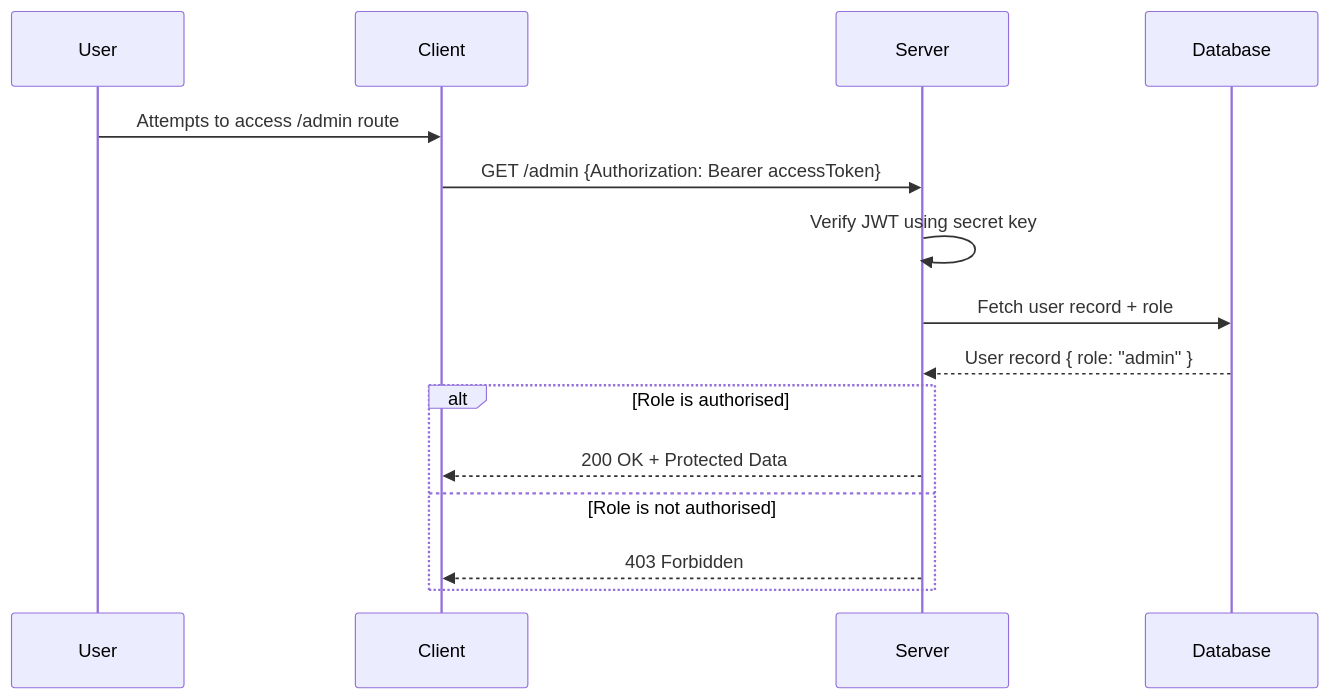
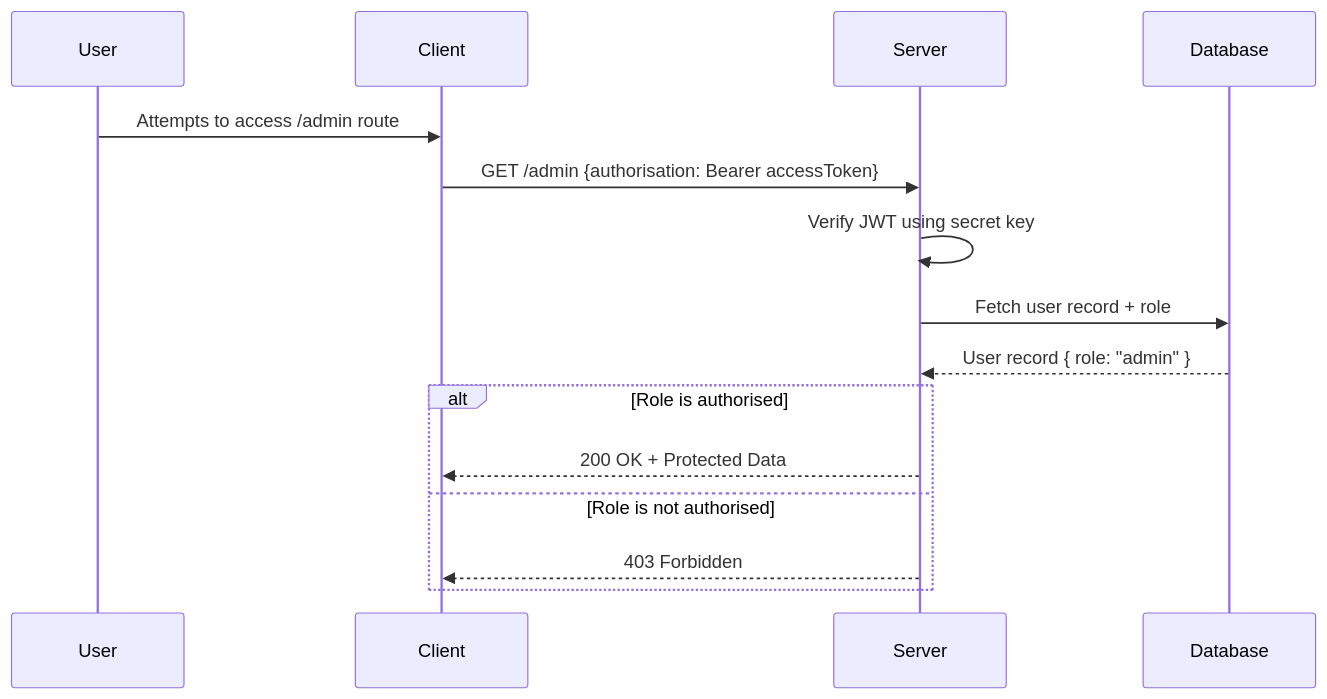
One commit to CoderAcademy-DEV-MERN-Group/DEV1003-Assessment01 changed the seventh of 8 diagrams in Client-Server Architecture.md. Above: the diagram before and after it, drawn with Mermaid. The commit also changed other lines of this file, not shown here.

````diff
--- a/Client-Server Architecture.md
+++ b/Client-Server Architecture.md
@@ -191,18 +209,18 @@
 ```mermaid
 sequenceDiagram
     participant User
     participant Client
     participant Server
     participant Database
 
     User->>Client: Attempts to access /admin route
-    Client->>Server: GET /admin {Authorization: Bearer accessToken}
+    Client->>Server: GET /admin {authorisation: Bearer accessToken}
     Server->>Server: Verify JWT using secret key
     Server->>Database: Fetch user record + role
     Database-->>Server: User record { role: "admin" }
     alt Role is authorised
         Server-->>Client: 200 OK + Protected Data
     else Role is not authorised
         Server-->>Client: 403 Forbidden
     end
 ```
````
